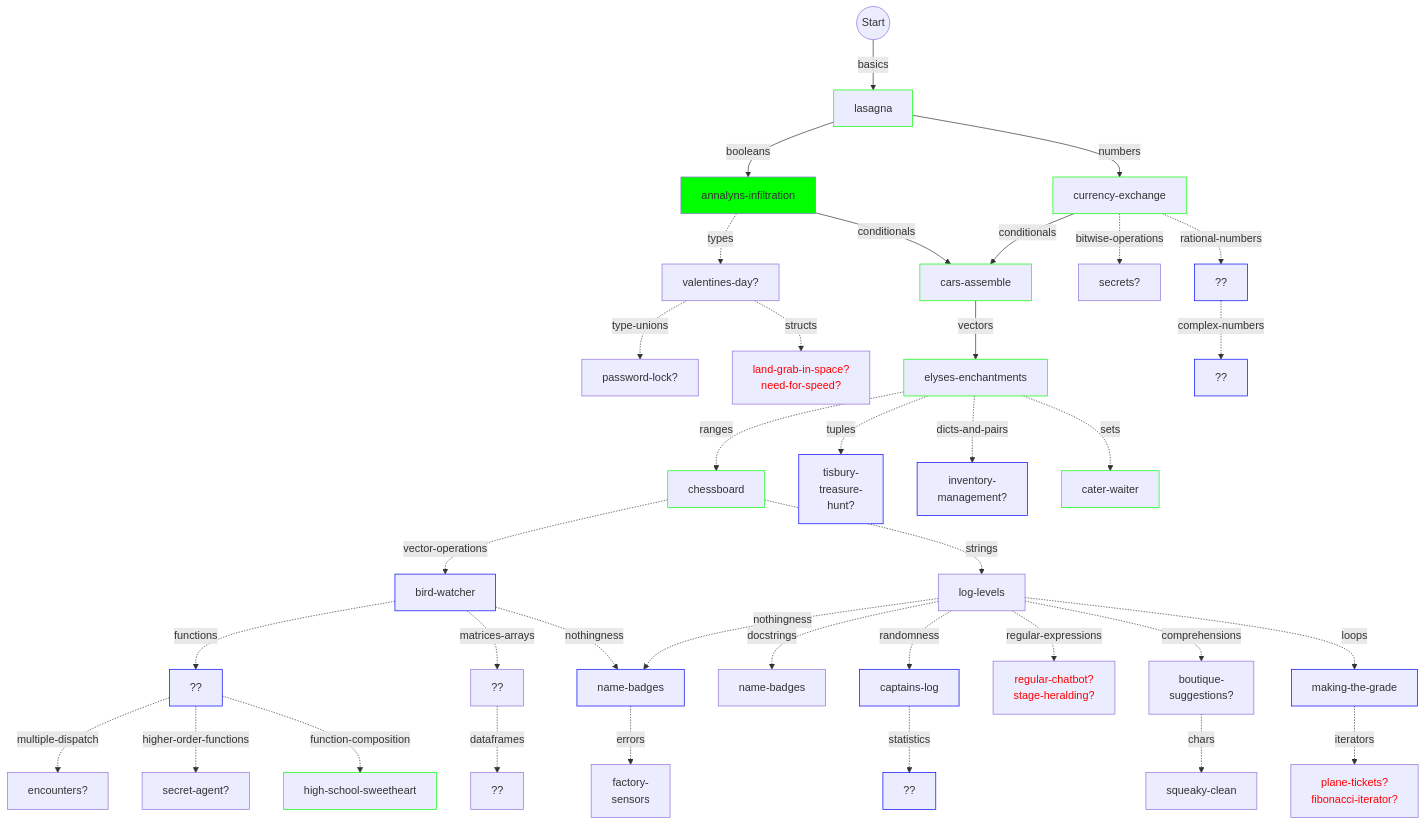
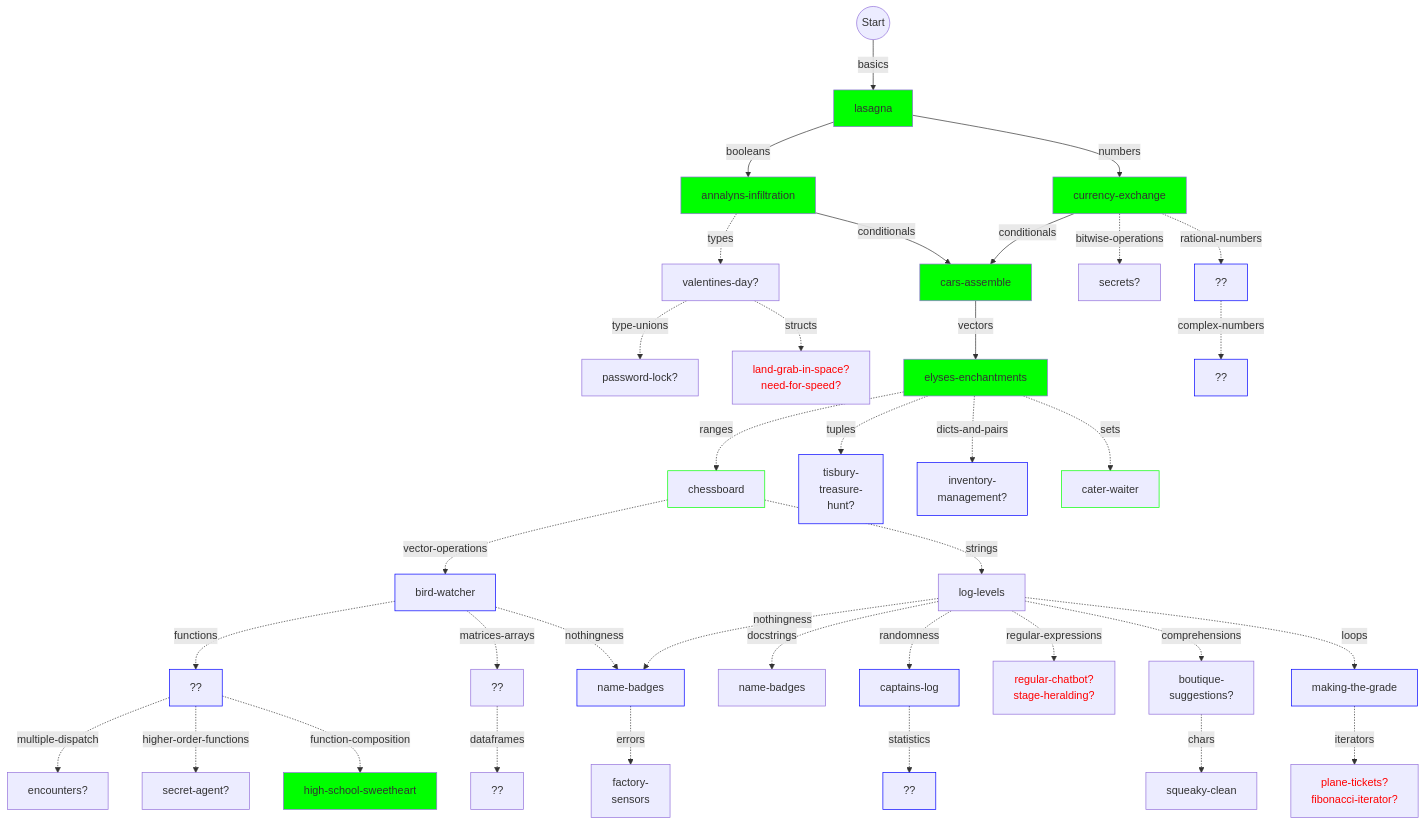
Before and after one commit to colinleach/learning-track-doodles: the diagram in julia/flowchart.md, drawn with Mermaid.

Commit message:
we merged things!

```diff
--- a/julia/flowchart.md
+++ b/julia/flowchart.md
@@ -15,13 +15,13 @@
 graph TD
     
 start(("Start")) --basics--> basics["lasagna"]
-style basics stroke:#0f0
+style basics fill:#0f0
 
 basics --booleans--> booleans["annalyns-infiltration"]
 style booleans fill:#0f0
 
 basics --numbers--> numbers["currency-exchange"]
-style numbers stroke:#0f0
+style numbers fill:#0f0
 
 booleans -.types.-> types["valentines-day?"]
 %% style types stroke:#0f0 
@@ -33,13 +33,13 @@
 style structs  color:#f00
 
 booleans --conditionals--> conditionals["cars-assemble"]
-style conditionals stroke:#0f0
+style conditionals fill:#0f0
 
 numbers --conditionals--> conditionals["cars-assemble"]
-style conditionals stroke:#0f0
+style conditionals fill:#0f0
 
 conditionals --vectors--> vectors["elyses-enchantments"]
-style vectors stroke:#0f0
+style vectors fill:#0f0
 
 strings -.loops.-> loops["making-the-grade"]
 style loops stroke:#00f
@@ -111,7 +111,7 @@
 %% %% style broadcasting fill:#f00,color:#fff
 
 functions -.function-composition.-> function-composition["high-school-sweetheart"]
-style function-composition stroke:#0f0
+style function-composition fill:#0f0
 
 functions -.higher-order-functions.-> higher-order-functions["secret-agent?"]
 %% style higher-order-functions fill:#f00,color:#fff
```
